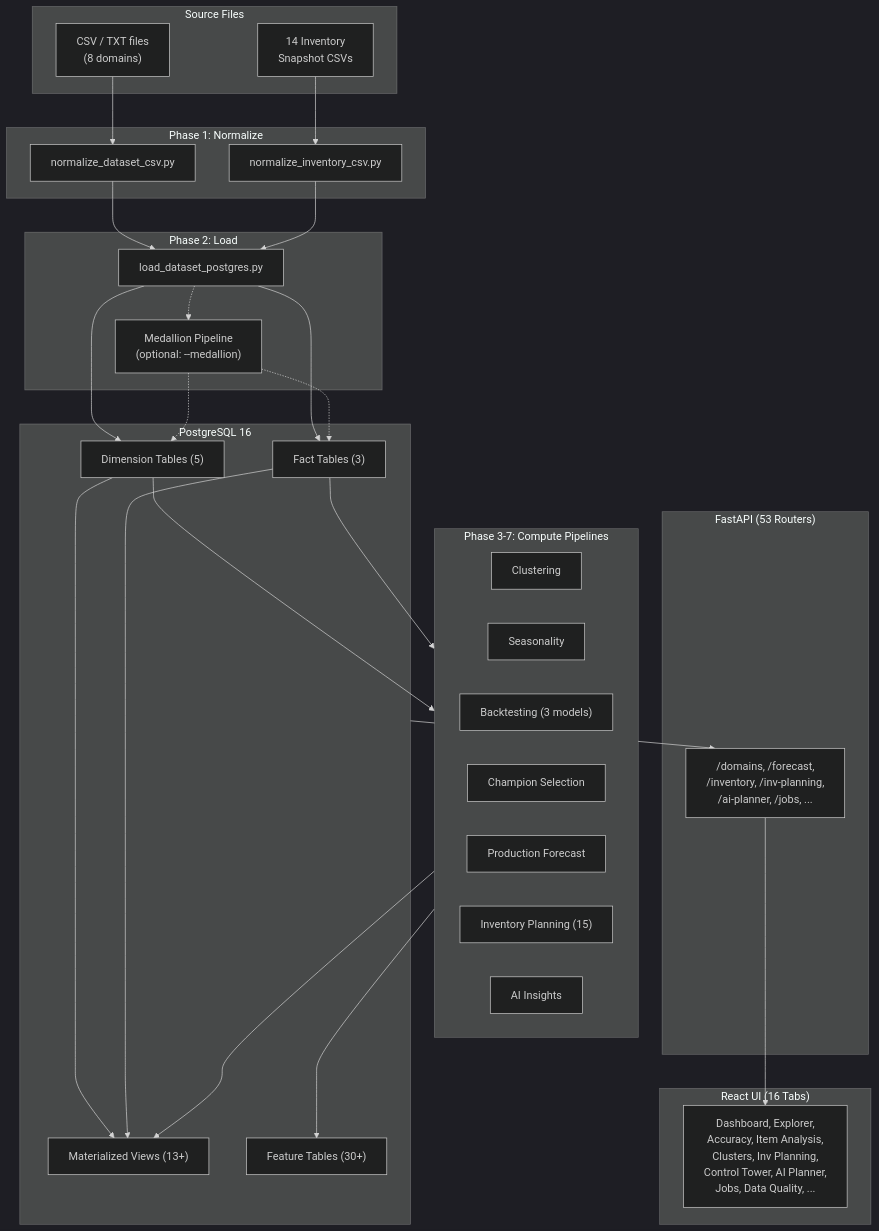
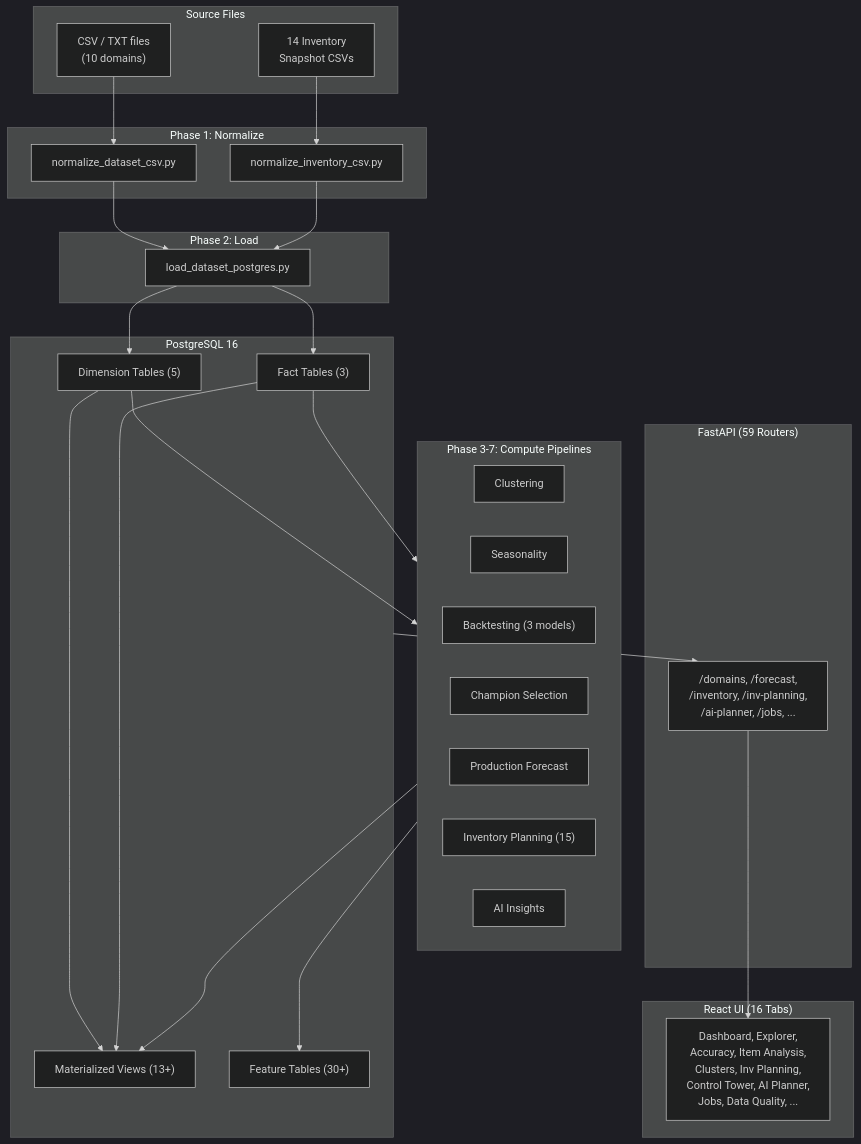
One commit to chidammano-hash/DemandProject changed the first of 4 diagrams in docs/ARCHITECTURE.md. Above: the diagram before and after it, drawn with Mermaid (dark theme). The commit also changed other lines of this file and 578 other files, not shown here.

````diff
--- a/docs/ARCHITECTURE.md
+++ b/docs/ARCHITECTURE.md
@@ -29,51 +29,49 @@
 ```mermaid
 flowchart TD
     subgraph SRC["Source Files"]
-        CSV["CSV / TXT files<br/>(8 domains)"]
+        CSV["CSV / TXT files<br/>(10 domains)"]
         INV["14 Inventory<br/>Snapshot CSVs"]
     end
 
     subgraph NORM["Phase 1: Normalize"]
         N1["normalize_dataset_csv.py"]
         N2["normalize_inventory_csv.py"]
     end
 
     subgraph LOAD["Phase 2: Load"]
         L1["load_dataset_postgres.py"]
-        MED["Medallion Pipeline<br/>(optional: --medallion)"]
     end
 
     subgraph PG["PostgreSQL 16"]
         DIM["Dimension Tables (5)"]
         FACT["Fact Tables (3)"]
         MV["Materialized Views (13+)"]
         FEAT["Feature Tables (30+)"]
     end
 
     subgraph COMPUTE["Phase 3-7: Compute Pipelines"]
         CL["Clustering"]
         SEAS["Seasonality"]
         BT["Backtesting (3 models)"]
         CHAMP["Champion Selection"]
         PROD["Production Forecast"]
         INVP["Inventory Planning (15)"]
         AI["AI Insights"]
     end
 
-    subgraph API["FastAPI (53 Routers)"]
+    subgraph API["FastAPI (59 Routers)"]
         REST["/domains, /forecast,<br/>/inventory, /inv-planning,<br/>/ai-planner, /jobs, ..."]
     end
 
     subgraph UI["React UI (16 Tabs)"]
         TABS["Dashboard, Explorer,<br/>Accuracy, Item Analysis,<br/>Clusters, Inv Planning,<br/>Control Tower, AI Planner,<br/>Jobs, Data Quality, ..."]
     end
 
     CSV --> N1 --> L1
     INV --> N2 --> L1
     L1 --> DIM & FACT
-    L1 -.-> MED -.-> DIM & FACT
     DIM & FACT --> MV
     DIM & FACT --> COMPUTE
     COMPUTE --> FEAT & MV
     PG --> REST --> TABS
 ```
````
